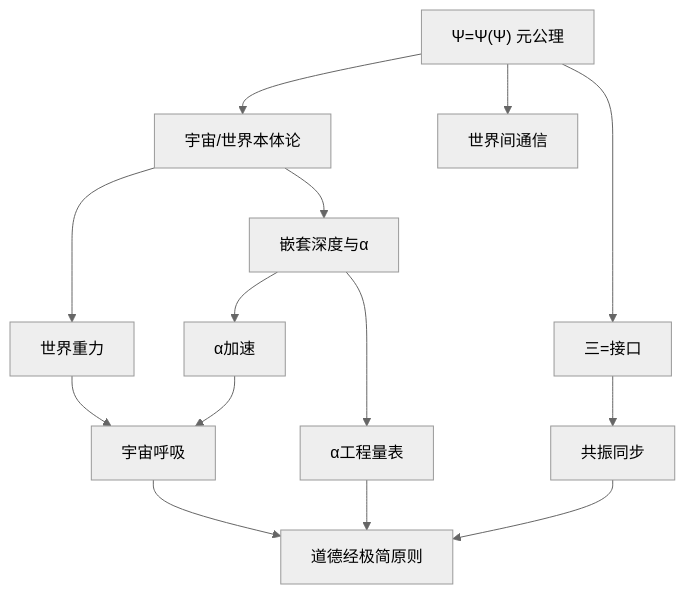
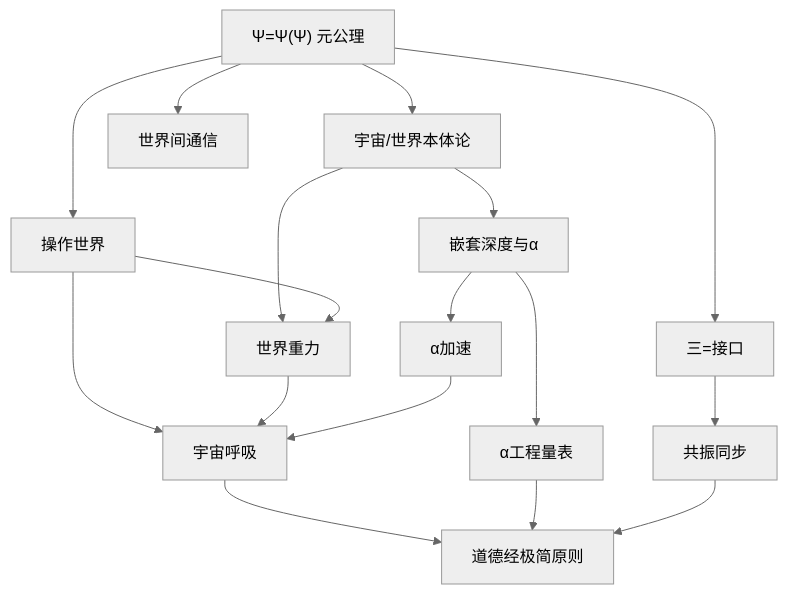
One commit to xinetzone/tao changed the diagram in docs/general/philosophy/index.md. Above: the diagram before and after it, drawn with Mermaid (neutral theme). The commit also changed other lines of this file and 12 other files, not shown here.

````diff
--- a/docs/general/philosophy/index.md
+++ b/docs/general/philosophy/index.md
@@ -7,16 +7,19 @@
 ```{mermaid}
 flowchart TD
     PSI["Ψ=Ψ(Ψ) 元公理"] --> UW["宇宙/世界本体论"]
     PSI --> IWC["世界间通信"]
     UW --> NDA["嵌套深度与α"]
+    PSI --> WO["操作世界"]
     UW --> WG["世界重力"]
+    WO --> WG
+    WO --> CB
     NDA --> AA["α加速"]
     NDA --> AES["α工程量表"]
     WG --> CB["宇宙呼吸"]
     AA --> CB
     PSI --> TI["三=接口"]
     TI --> RS["共振同步"]
     CB --> TAO["道德经极简原则"]
     AES --> TAO
     RS --> TAO
 ```
````
